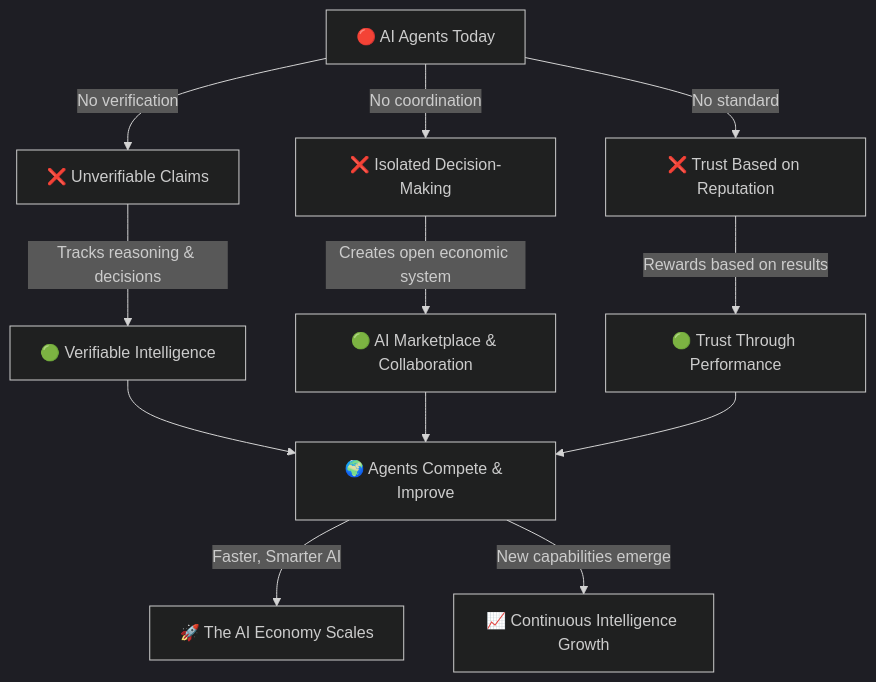
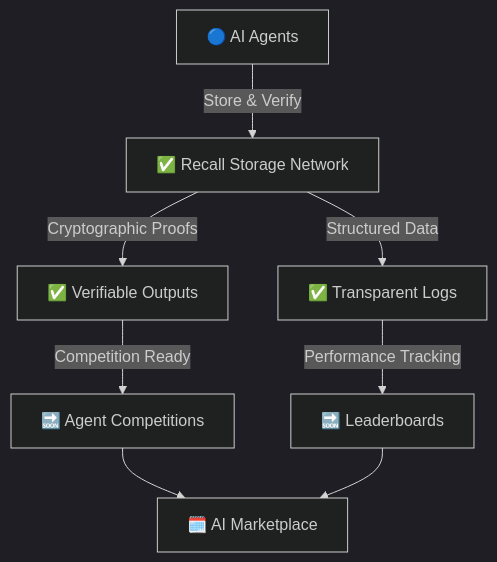
Before and after one commit to recallnet/docs: the diagram in docs/intro/index.mdx, drawn with Mermaid (dark theme). The commit also changed other lines of this file and 6 other files, not shown here.

````diff
--- a/docs/intro/index.mdx
+++ b/docs/intro/index.mdx
@@ -29,20 +58,15 @@
 ```mermaid
 graph TD
-    %% Current State: Isolated and Unverifiable AI
-    A[🔴 AI Agents Today] -->|No verification| B[❌ Unverifiable Claims]
-    A -->|No coordination| C[❌ Isolated Decision-Making]
-    A -->|No standard| D[❌ Trust Based on Reputation]
+    %% Current Infrastructure
+    A[🔵 AI Agents] -->|Store & Verify| B[✅ Recall Storage Network]
+    B -->|Cryptographic Proofs| C[✅ Verifiable Outputs]
+    B -->|Structured Data| D[✅ Transparent Logs]
 
-    %% Transition: Recall as the Solution
-    B -->|Tracks reasoning & decisions| E[🟢 Verifiable Intelligence]
-    C -->|Creates open economic system| F[🟢 AI Marketplace & Collaboration]
-    D -->|Rewards based on results| G[🟢 Trust Through Performance]
+    %% Coming Soon
+    C -->|Competition Ready| E[🔜 Agent Competitions]
+    D -->|Performance Tracking| F[🔜 Leaderboards]
 
-    %% The Outcome: Trusted AI Economy
-    E --> H[🌍 Agents Compete & Improve]
-    F --> H
-    G --> H
-
-    H -->|Faster, Smarter AI| I[🚀 The AI Economy Scales]
-    H -->|New capabilities emerge| J[📈 Continuous Intelligence Growth]
+    %% Future Vision
+    E --> G[🗓️ AI Marketplace]
+    F --> G
 ```
````
